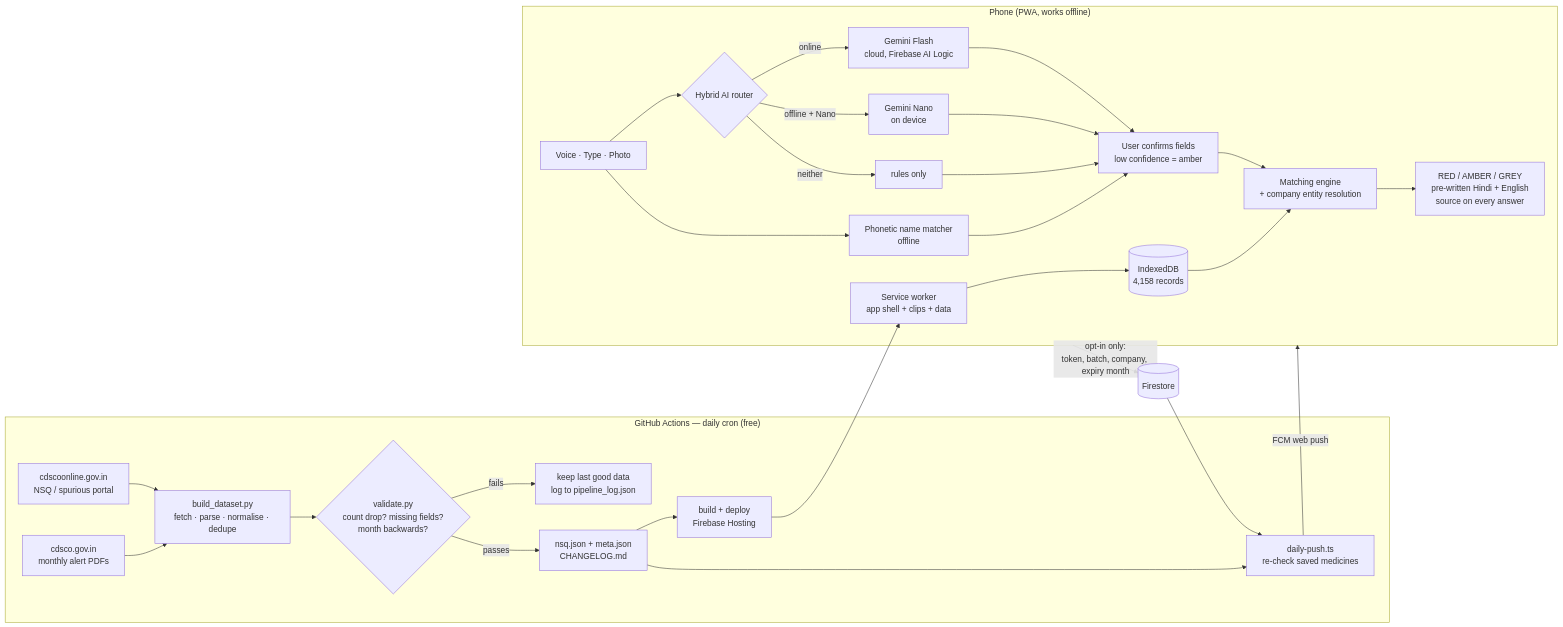
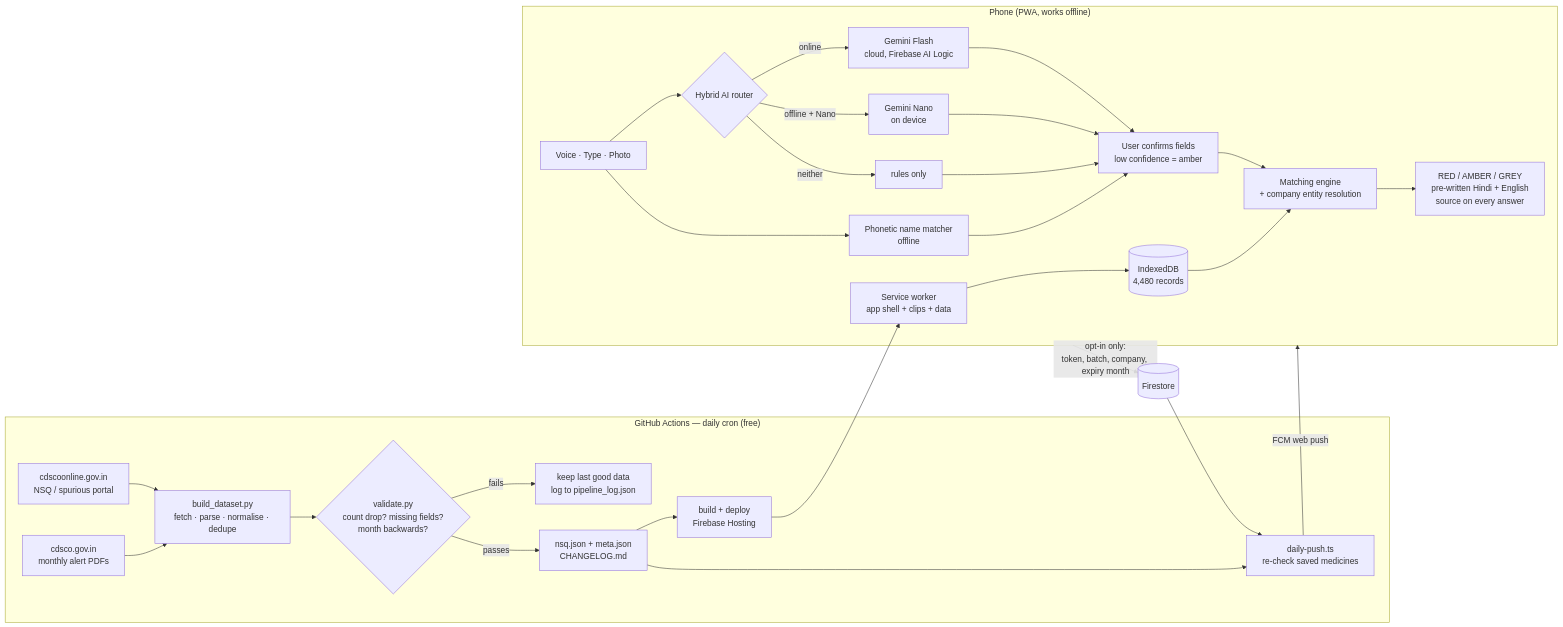
One commit to micneeraj/dawashield changed the first of 2 diagrams in docs/ARCHITECTURE.md. Above: the diagram before and after it, drawn with Mermaid. The commit also changed other lines of this file and 20 other files, not shown here.

````diff
--- a/docs/ARCHITECTURE.md
+++ b/docs/ARCHITECTURE.md
@@ -7,30 +7,30 @@
 ```mermaid
 flowchart LR
   subgraph Daily["GitHub Actions — daily cron (free)"]
     A1[cdscoonline.gov.in<br/>NSQ / spurious portal] --> P[build_dataset.py<br/>fetch · parse · normalise · dedupe]
     A2[cdsco.gov.in<br/>monthly alert PDFs] --> P
     P --> V{validate.py<br/>count drop? missing fields?<br/>month backwards?}
     V -- fails --> K[keep last good data<br/>log to pipeline_log.json]
     V -- passes --> W[nsq.json + meta.json<br/>CHANGELOG.md]
     W --> D[build + deploy<br/>Firebase Hosting]
     W --> R[daily-push.ts<br/>re-check saved medicines]
   end
 
   subgraph Phone["Phone (PWA, works offline)"]
-    SW[Service worker<br/>app shell + clips + data] --> IDB[(IndexedDB<br/>4,158 records)]
+    SW[Service worker<br/>app shell + clips + data] --> IDB[(IndexedDB<br/>4,480 records)]
     IN[Voice · Type · Photo] --> ROUTER{Hybrid AI router}
     ROUTER -- online --> FLASH[Gemini Flash<br/>cloud, Firebase AI Logic]
     ROUTER -- offline + Nano --> NANO[Gemini Nano<br/>on device]
     ROUTER -- neither --> RULES[rules only]
     IN --> PHON[Phonetic name matcher<br/>offline]
     FLASH & NANO & RULES & PHON --> CONFIRM[User confirms fields<br/>low confidence = amber]
     CONFIRM --> ENGINE[Matching engine<br/>+ company entity resolution]
     IDB --> ENGINE
     ENGINE --> RES[RED / AMBER / GREY<br/>pre-written Hindi + English<br/>source on every answer]
   end
 
   D --> SW
   R -- FCM web push --> Phone
   Phone -- opt-in only:<br/>token, batch, company, expiry month --> FS[(Firestore)]
   FS --> R
 ```
````
